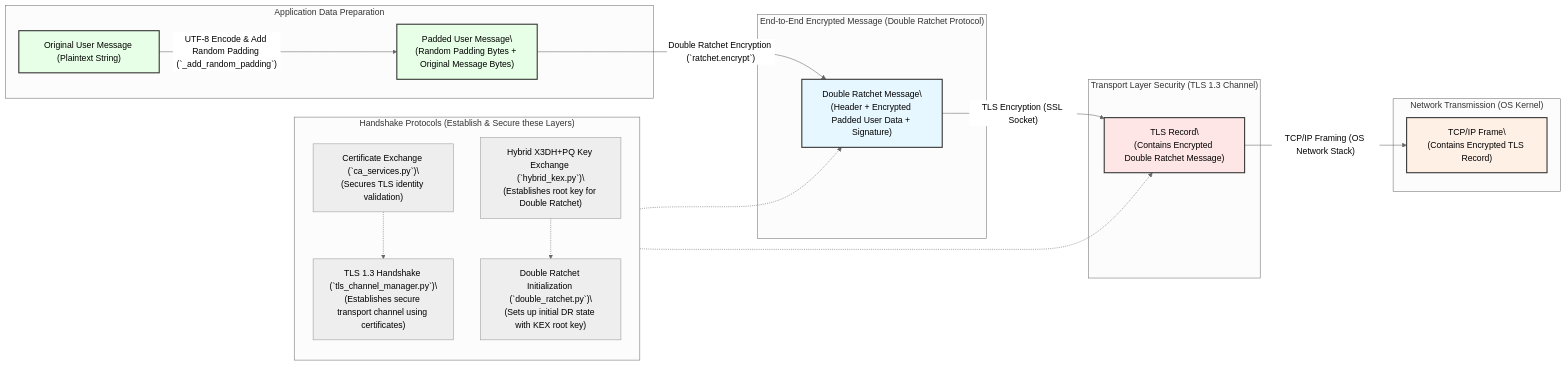
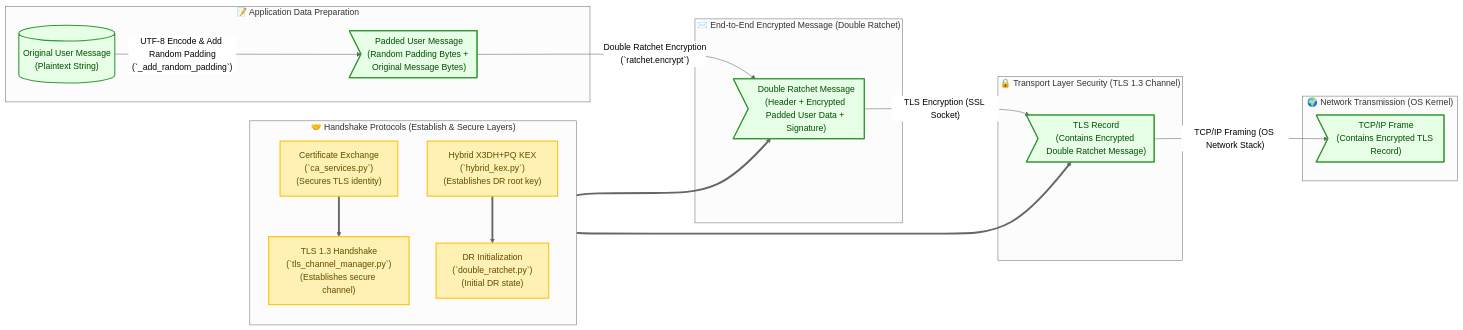
The second of 2 diagrams in README.md (Destroyer-official/Destroyer_P2P), drawn with Mermaid (neutral theme) before and after one commit. The commit also changed other lines of this file, not shown here.

````diff
--- a/README.md
+++ b/README.md
@@ -192,44 +205,41 @@
 ```mermaid
 graph LR
-    subgraph "Network Transmission (OS Kernel)"
-        TCPIP["TCP/IP Frame\\n(Contains Encrypted TLS Record)"]
+    subgraph "🌍 Network Transmission (OS Kernel)"
+        TCPIP>"TCP/IP Frame<br/>(Contains Encrypted TLS Record)"]
     end
-    subgraph "Transport Layer Security (TLS 1.3 Channel)"
-        TLS_Packet["TLS Record\\n(Contains Encrypted Double Ratchet Message)"]
+    subgraph "🔒 Transport Layer Security (TLS 1.3 Channel)"
+        TLS_Packet>"TLS Record<br/>(Contains Encrypted Double Ratchet Message)"]
     end
-    subgraph "End-to-End Encrypted Message (Double Ratchet Protocol)"
-        DR_Message["Double Ratchet Message\\n(Header + Encrypted Padded User Data + Signature)"]
+    subgraph "✉️ End-to-End Encrypted Message (Double Ratchet)"
+        DR_Message>"Double Ratchet Message<br/>(Header + Encrypted Padded User Data + Signature)"]
     end
-    subgraph "Application Data Preparation"
-        Padded_Message["Padded User Message\\n(Random Padding Bytes + Original Message Bytes)"]
-        User_Message["Original User Message (Plaintext String)"]
+    subgraph "📝 Application Data Preparation"
+        Padded_Message>"Padded User Message<br/>(Random Padding Bytes + Original Message Bytes)"]
+        User_Message[("Original User Message<br/>(Plaintext String)")]
     end
 
-    User_Message -- "UTF-8 Encode & Add Random Padding (`_add_random_padding`)" --> Padded_Message
-    Padded_Message -- "Double Ratchet Encryption (`ratchet.encrypt`)" --> DR_Message
+    User_Message -- "UTF-8 Encode & Add Random Padding<br/>(`_add_random_padding`)" --> Padded_Message
+    Padded_Message -- "Double Ratchet Encryption<br/>(`ratchet.encrypt`)" --> DR_Message
     DR_Message -- "TLS Encryption (SSL Socket)" --> TLS_Packet
     TLS_Packet -- "TCP/IP Framing (OS Network Stack)" --> TCPIP
 
-    classDef layer_app fill:#e6ffe6,stroke:#333,stroke-width:2px;
-    classDef layer_dr fill:#e6f7ff,stroke:#333,stroke-width:2px;
-    classDef layer_tls fill:#ffe6e6,stroke:#333,stroke-width:2px;
-    classDef layer_net fill:#fff0e6,stroke:#333,stroke-width:2px;
-
-    class User_Message,Padded_Message layer_app;
-    class DR_Message layer_dr;
-    class TLS_Packet layer_tls;
-    class TCPIP layer_net;
-
-    subgraph "Handshake Protocols (Establish & Secure these Layers)"
+    subgraph "🤝 Handshake Protocols (Establish & Secure Layers)"
       direction TB
-      CertEx["Certificate Exchange (`ca_services.py`)\\n(Secures TLS identity validation)"]
-      HybridKEX["Hybrid X3DH+PQ Key Exchange (`hybrid_kex.py`)\\n(Establishes root key for Double Ratchet)"]
-      DRSetup["Double Ratchet Initialization (`double_ratchet.py`)\\n(Sets up initial DR state with KEX root key)"]
-      TLSHandshake["TLS 1.3 Handshake (`tls_channel_manager.py`)\\n(Establishes secure transport channel using certificates)"]
+      CertEx["Certificate Exchange<br/>(`ca_services.py`)<br/>(Secures TLS identity)"]
+      HybridKEX["Hybrid X3DH+PQ KEX<br/>(`hybrid_kex.py`)<br/>(Establishes DR root key)"]
+      DRSetup["DR Initialization<br/>(`double_ratchet.py`)<br/>(Initial DR state)"]
+      TLSHandshake["TLS 1.3 Handshake<br/>(`tls_channel_manager.py`)<br/>(Establishes secure channel)"]
     end
     
-    CertEx -.-> TLSHandshake
-    HybridKEX -.-> DRSetup
-    DRSetup -.-> DR_Message
-    TLSHandshake -.-> TLS_Packet
+    CertEx ==> TLSHandshake
+    HybridKEX ==> DRSetup
+    DRSetup ==> DR_Message
+    TLSHandshake ==> TLS_Packet
+
+    classDef data fill:#e6ffe6,stroke:#339933,stroke-width:2px,color:#004d00;
+    classDef protocol_node fill:#e6f7ff,stroke:#3399ff,stroke-width:2px,color:#004080;
+    classDef handshake_protocol fill:#fff0b3,stroke:#ffc107,stroke-width:2px,color:#664d00;
+
+    class User_Message,Padded_Message,DR_Message,TLS_Packet,TCPIP data;
+    class CertEx,HybridKEX,DRSetup,TLSHandshake handshake_protocol;
 ```
````
